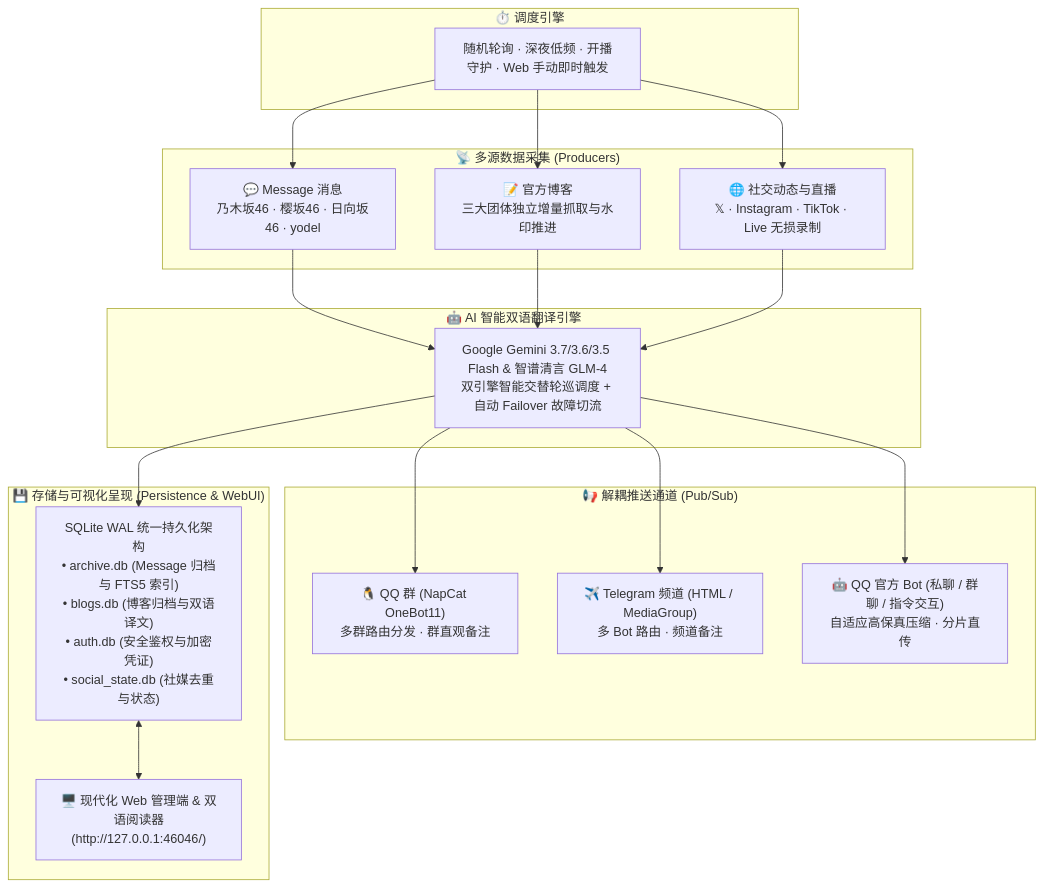
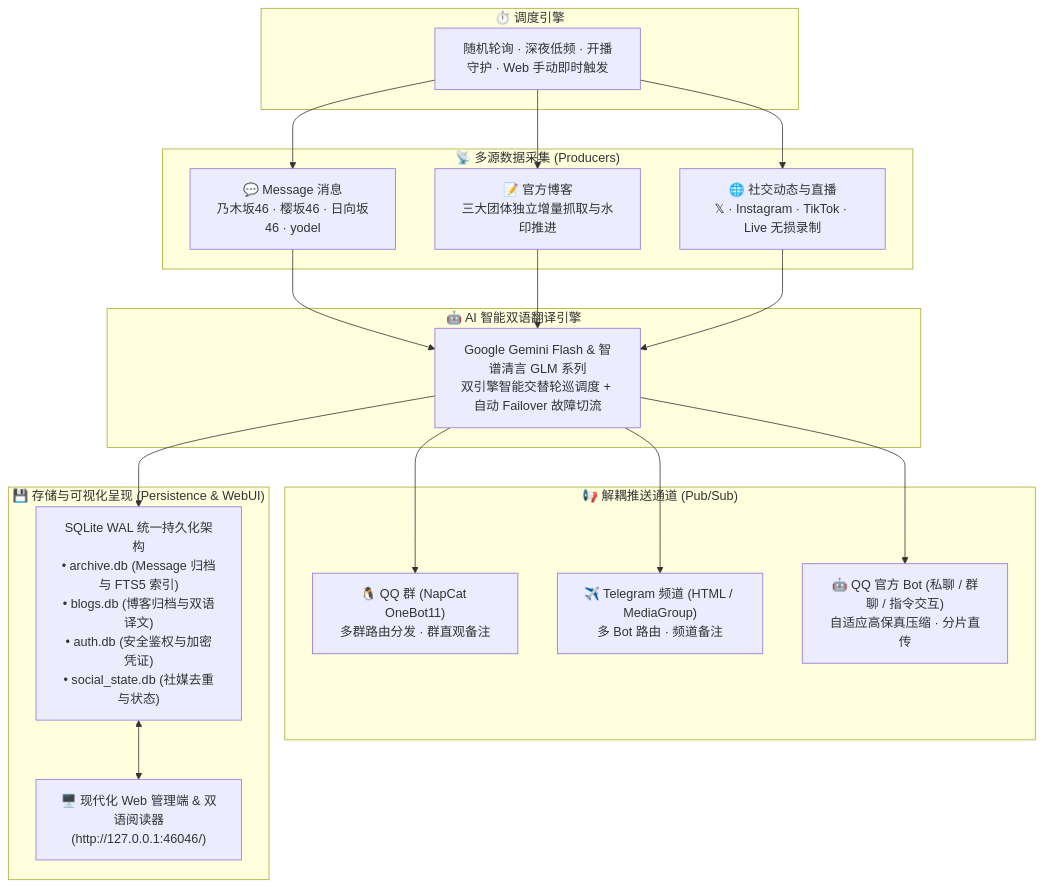
Before and after one commit to TomisatoNao/nogizaka-message-push: the first of 3 diagrams in README.md, drawn with Mermaid. The commit also changed other lines of this file and 10 other files, not shown here.

````diff
--- a/README.md
+++ b/README.md
@@ -30,33 +31,33 @@
 ```mermaid
 flowchart TD
     subgraph S1["⏱️ 调度引擎"]
         Trigger["随机轮询 · 深夜低频 · 开播守护 · Web 手动即时触发"]
     end
 
     subgraph S2["📡 多源数据采集 (Producers)"]
         P1["💬 Message 消息<br/>乃木坂46 · 樱坂46 · 日向坂46 · yodel"]
         P2["📝 官方博客<br/>三大团体独立增量抓取与水印推进"]
         P3["🌐 社交动态与直播<br/>𝕏 · Instagram · TikTok · Live 无损录制"]
     end
 
     subgraph S3["🤖 AI 智能双语翻译引擎"]
-        AI["Google Gemini 3.7/3.6/3.5 Flash & 智谱清言 GLM-4<br/>双引擎智能交替轮巡调度 + 自动 Failover 故障切流"]
+        AI["Google Gemini Flash & 智谱清言 GLM 系列<br/>双引擎智能交替轮巡调度 + 自动 Failover 故障切流"]
     end
 
     subgraph S4["📢 解耦推送通道 (Pub/Sub)"]
         Push1["🐧 QQ 群 (NapCat OneBot11)<br/>多群路由分发 · 群直观备注"]
         Push2["✈️ Telegram 频道 (HTML / MediaGroup)<br/>多 Bot 路由 · 频道备注"]
         Push3["🤖 QQ 官方 Bot (私聊 / 群聊 / 指令交互)<br/>自适应高保真压缩 · 分片直传"]
     end
 
     subgraph S5["💾 存储与可视化呈现 (Persistence & WebUI)"]
         DB["SQLite WAL 统一持久化架构<br/>• archive.db (Message 归档与 FTS5 索引)<br/>• blogs.db (博客归档与双语译文)<br/>• auth.db (安全鉴权与加密凭证)<br/>• social_state.db (社媒去重与状态)"]
         WebUI["🖥️ 现代化 Web 管理端 & 双语阅读器<br/>(http://127.0.0.1:46046/)"]
     end
 
     Trigger --> P1 & P2 & P3
     P1 & P2 & P3 --> AI
     AI --> Push1 & Push2 & Push3
     AI --> DB
     DB <--> WebUI
 ```
````
